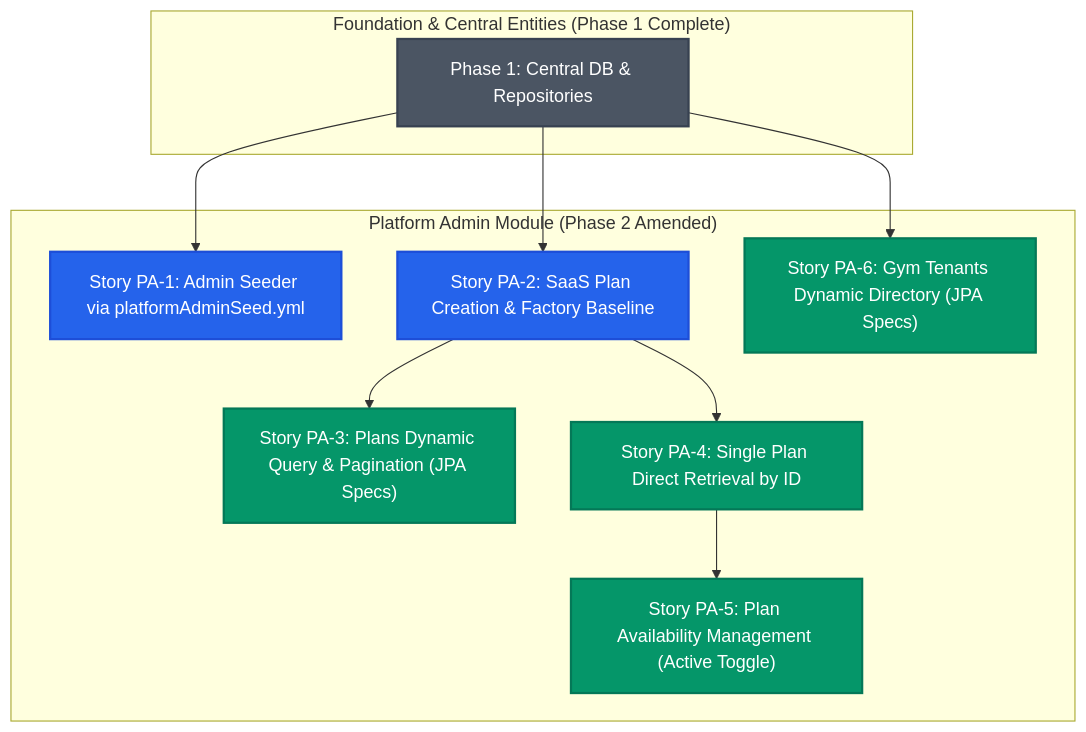
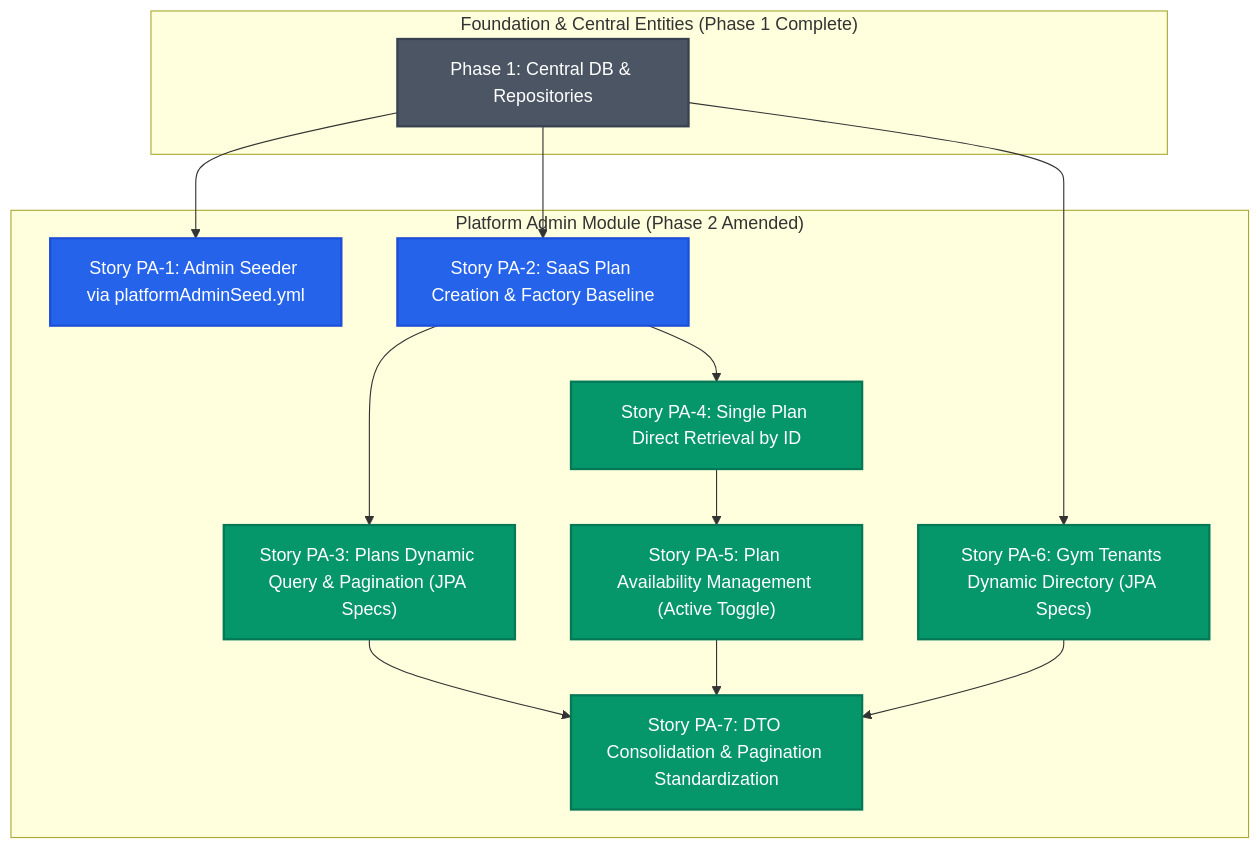
The diagram in _bmad-output/planning-artifacts/phase-2-platform-admin/dependency-matrix-and-ordering.md (ZaidAli-19/GymVerse-backend-v1), drawn with Mermaid before and after one commit. The commit also changed other lines of this file and 19 other files, not shown here.

````diff
--- a/_bmad-output/planning-artifacts/phase-2-platform-admin/dependency-matrix-and-ordering.md
+++ b/_bmad-output/planning-artifacts/phase-2-platform-admin/dependency-matrix-and-ordering.md
@@ -22,31 +23,35 @@
 ```mermaid
 graph TD
     subgraph "Foundation & Central Entities (Phase 1 Complete)"
         P1["Phase 1: Central DB & Repositories"]
     end
 
     subgraph "Platform Admin Module (Phase 2 Amended)"
         PA1["Story PA-1: Admin Seeder via platformAdminSeed.yml"]
         PA2["Story PA-2: SaaS Plan Creation & Factory Baseline"]
         PA3["Story PA-3: Plans Dynamic Query & Pagination (JPA Specs)"]
         PA4["Story PA-4: Single Plan Direct Retrieval by ID"]
         PA5["Story PA-5: Plan Availability Management (Active Toggle)"]
         PA6["Story PA-6: Gym Tenants Dynamic Directory (JPA Specs)"]
+        PA7["Story PA-7: DTO Consolidation & Pagination Standardization"]
     end
 
     P1 --> PA1
     P1 --> PA2
     P1 --> PA6
 
     PA2 --> PA3
     PA2 --> PA4
     PA4 --> PA5
+    PA3 --> PA7
+    PA5 --> PA7
+    PA6 --> PA7
 
     classDef primary fill:#2563eb,stroke:#1d4ed8,stroke-width:2px,color:#fff;
     classDef secondary fill:#059669,stroke:#047857,stroke-width:2px,color:#fff;
     classDef baseline fill:#4b5563,stroke:#374151,stroke-width:2px,color:#fff;
 
     class P1 baseline;
     class PA1,PA2 primary;
-    class PA3,PA4,PA5,PA6 secondary;
+    class PA3,PA4,PA5,PA6,PA7 secondary;
 ```
````
